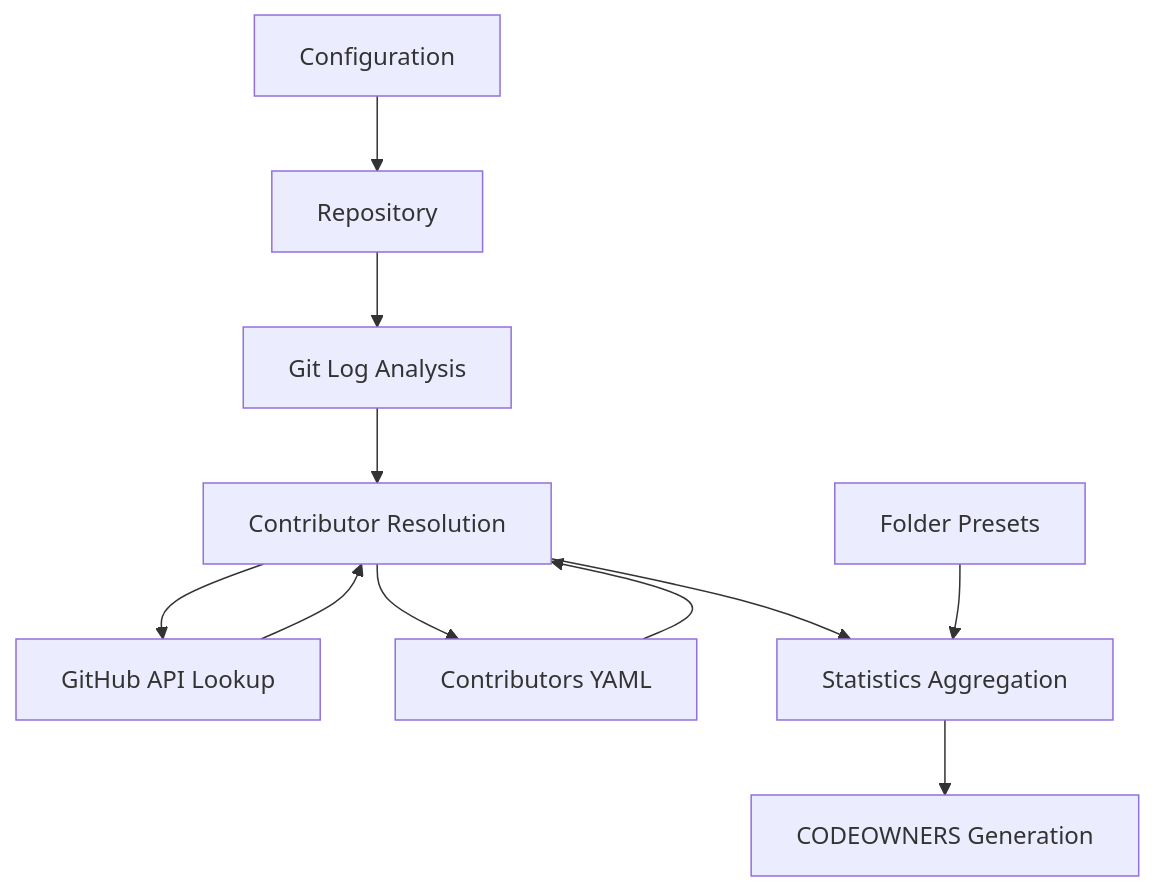
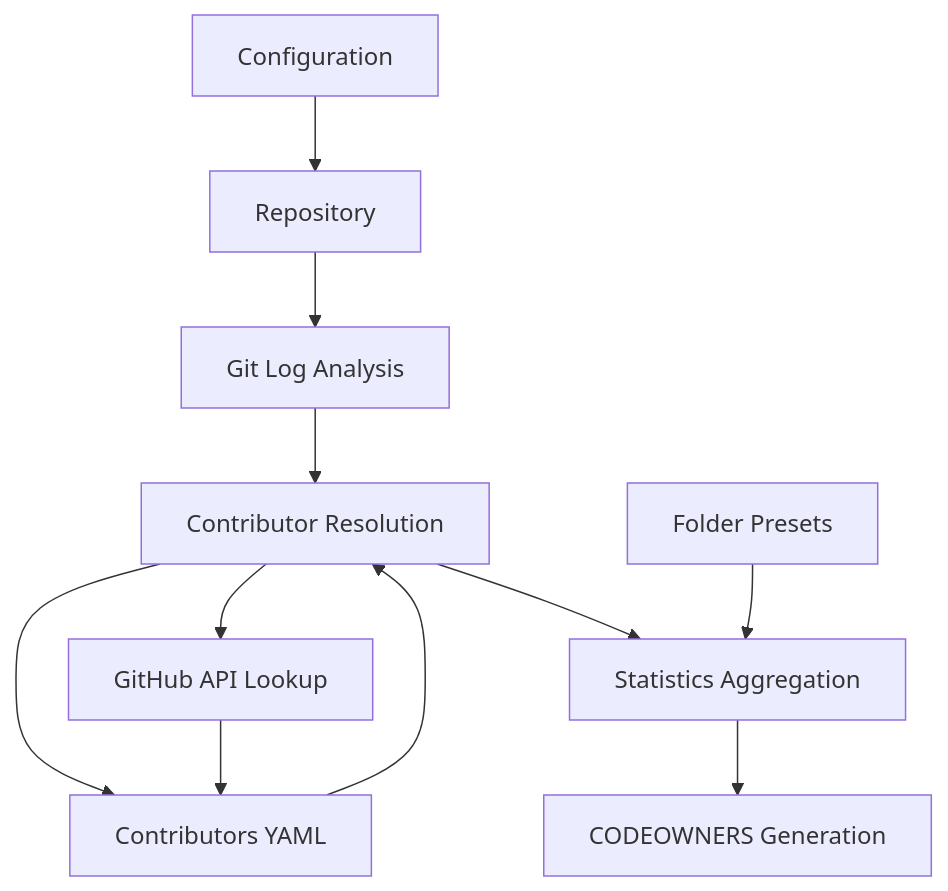
Before and after one commit to sonic-net/sonic-pipelines: the diagram in scripts/code-owners/doc/index.md, drawn with Mermaid.

````diff
--- a/scripts/code-owners/doc/index.md
+++ b/scripts/code-owners/doc/index.md
@@ -32,14 +32,14 @@
 ```mermaid
 graph TD
     A[Repository] --> B[Git Log Analysis]
     B --> C[Contributor Resolution]
     C --> D[GitHub API Lookup]
     C --> H[Contributors YAML]
     C --> E[Statistics Aggregation]
     E --> F[CODEOWNERS Generation]
     
     G[Folder Presets] --> E
     I[Configuration] --> A
     H[Contributors YAML] --> C
-     D[GitHub API Lookup] --> C
+    D[GitHub API Lookup] --> H
 ```
````
